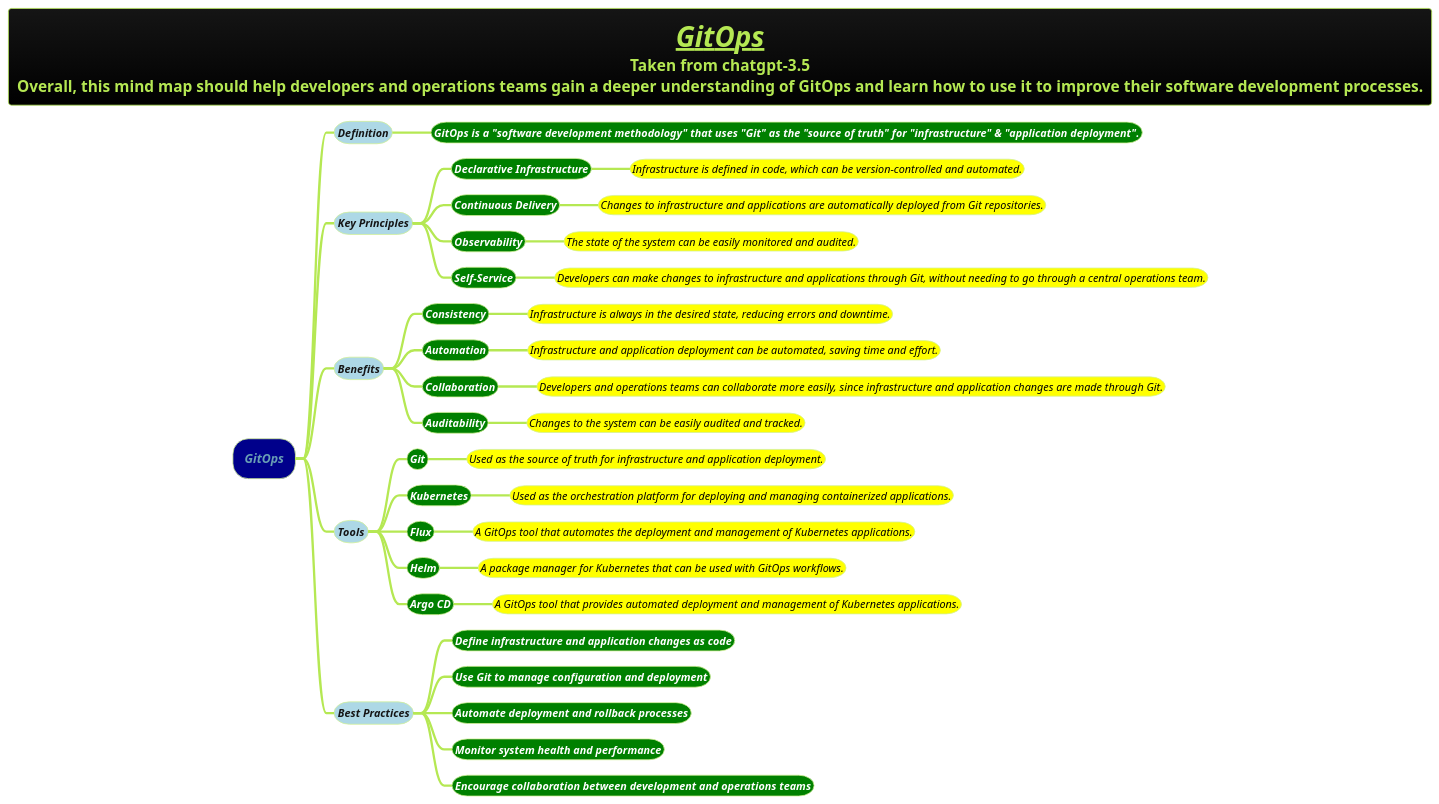
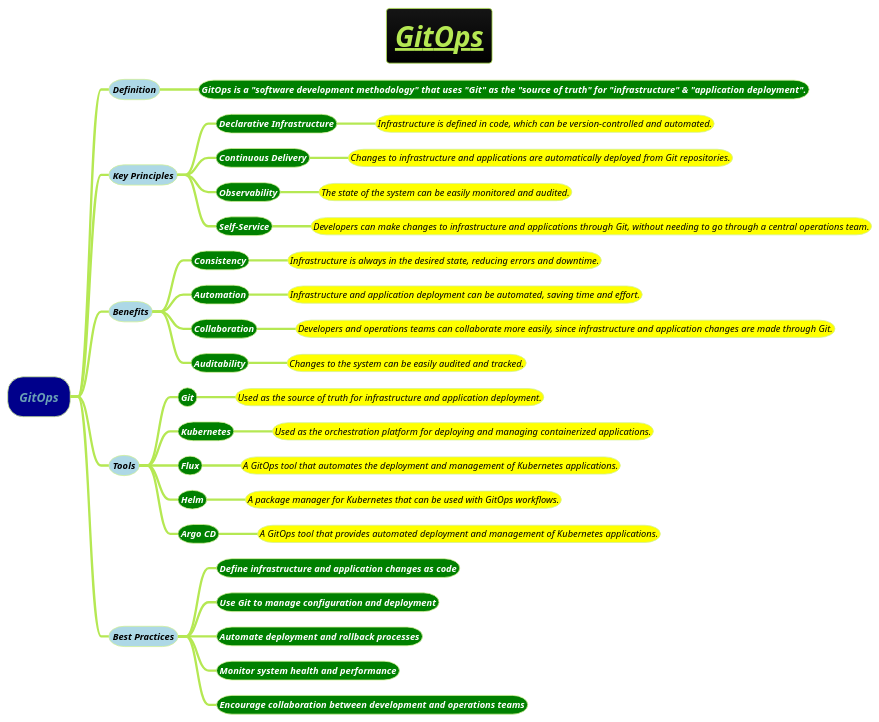
One commit to MehmoodHashmi/Documentation-as-Code-DaC changed the diagram in docs/3-devops/git/GitOps.puml. Above: the diagram before and after it, drawn with PlantUML. The commit also changed 8 other files, not shown here.

```diff
--- a/docs/3-devops/git/GitOps.puml
+++ b/docs/3-devops/git/GitOps.puml
@@ -1,43 +1,43 @@
 @startmindmap
-title =<i><b><u>GitOps \nTaken from chatgpt-3.5\nOverall, this mind map should help developers and operations teams gain a deeper understanding of GitOps and learn how to use it to improve their software development processes.
+title =<i><b><u>GitOps
 !theme hacker
 
 *[#darkblue] <i>GitOps
-**[#lightblue] <i><color #blac><size:14>Definition
-***[#green] <b><i><color #white><size:14>GitOps is a  "software development methodology" that uses "Git" as the "source of truth" for "infrastructure" & "application deployment".
-**[#lightblue] <i><color #blac><size:14>Key Principles
-***[#green] <b><i><color #white><size:14>Declarative Infrastructure
-****[#yellow] <i><color #black><size:14>Infrastructure is defined in code, which can be version-controlled and automated.
-***[#green] <b><i><color #white><size:14>Continuous Delivery
-****[#yellow] <i><color #black><size:14>Changes to infrastructure and applications are automatically deployed from Git repositories.
-***[#green] <b><i><color #white><size:14>Observability
-****[#yellow] <i><color #black><size:14>The state of the system can be easily monitored and audited.
-***[#green] <b><i><color #white><size:14>Self-Service
-****[#yellow] <i><color #black><size:14>Developers can make changes to infrastructure and applications through Git, without needing to go through a central operations team.
-**[#lightblue] <i><color #blac><size:14>Benefits
-***[#green] <b><i><color #white><size:14>Consistency
-****[#yellow] <i><color #black><size:14>Infrastructure is always in the desired state, reducing errors and downtime.
-***[#green] <b><i><color #white><size:14>Automation
-****[#yellow] <i><color #black><size:14>Infrastructure and application deployment can be automated, saving time and effort.
-***[#green] <b><i><color #white><size:14>Collaboration
-****[#yellow] <i><color #black><size:14>Developers and operations teams can collaborate more easily, since infrastructure and application changes are made through Git.
-***[#green] <b><i><color #white><size:14>Auditability
-****[#yellow] <i><color #black><size:14>Changes to the system can be easily audited and tracked.
-**[#lightblue] <i><color #blac><size:14>Tools
-***[#green] <b><i><color #white><size:14>Git
-****[#yellow] <i><color #black><size:14>Used as the source of truth for infrastructure and application deployment.
-***[#green] <b><i><color #white><size:14>Kubernetes
-****[#yellow] <i><color #black><size:14>Used as the orchestration platform for deploying and managing containerized applications.
-***[#green] <b><i><color #white><size:14>Flux
-****[#yellow] <i><color #black><size:14>A GitOps tool that automates the deployment and management of Kubernetes applications.
-***[#green] <b><i><color #white><size:14>Helm
-****[#yellow] <i><color #black><size:14>A package manager for Kubernetes that can be used with GitOps workflows.
-***[#green] <b><i><color #white><size:14>Argo CD
-****[#yellow] <i><color #black><size:14>A GitOps tool that provides automated deployment and management of Kubernetes applications.
-**[#lightblue] <i><color #blac><size:14>Best Practices
-***[#green] <b><i><color #white><size:14>Define infrastructure and application changes as code
-***[#green] <b><i><color #white><size:14>Use Git to manage configuration and deployment
-***[#green] <b><i><color #white><size:14>Automate deployment and rollback processes
-***[#green] <b><i><color #white><size:14>Monitor system health and performance
-***[#green] <b><i><color #white><size:14>Encourage collaboration between development and operations teams
+**[#lightblue] <i><color #black><size:12>Definition
+***[#green] <b><i><color #white><size:12>GitOps is a  "software development methodology" that uses "Git" as the "source of truth" for "infrastructure" & "application deployment".
+**[#lightblue] <i><color #black><size:12>Key Principles
+***[#green] <b><i><color #white><size:12>Declarative Infrastructure
+****[#yellow] <i><color #black><size:12>Infrastructure is defined in code, which can be version-controlled and automated.
+***[#green] <b><i><color #white><size:12>Continuous Delivery
+****[#yellow] <i><color #black><size:12>Changes to infrastructure and applications are automatically deployed from Git repositories.
+***[#green] <b><i><color #white><size:12>Observability
+****[#yellow] <i><color #black><size:12>The state of the system can be easily monitored and audited.
+***[#green] <b><i><color #white><size:12>Self-Service
+****[#yellow] <i><color #black><size:12>Developers can make changes to infrastructure and applications through Git, without needing to go through a central operations team.
+**[#lightblue] <i><color #black><size:12>Benefits
+***[#green] <b><i><color #white><size:12>Consistency
+****[#yellow] <i><color #black><size:12>Infrastructure is always in the desired state, reducing errors and downtime.
+***[#green] <b><i><color #white><size:12>Automation
+****[#yellow] <i><color #black><size:12>Infrastructure and application deployment can be automated, saving time and effort.
+***[#green] <b><i><color #white><size:12>Collaboration
+****[#yellow] <i><color #black><size:12>Developers and operations teams can collaborate more easily, since infrastructure and application changes are made through Git.
+***[#green] <b><i><color #white><size:12>Auditability
+****[#yellow] <i><color #black><size:12>Changes to the system can be easily audited and tracked.
+**[#lightblue] <i><color #black><size:12>Tools
+***[#green] <b><i><color #white><size:12>Git
+****[#yellow] <i><color #black><size:12>Used as the source of truth for infrastructure and application deployment.
+***[#green] <b><i><color #white><size:12>Kubernetes
+****[#yellow] <i><color #black><size:12>Used as the orchestration platform for deploying and managing containerized applications.
+***[#green] <b><i><color #white><size:12>Flux
+****[#yellow] <i><color #black><size:12>A GitOps tool that automates the deployment and management of Kubernetes applications.
+***[#green] <b><i><color #white><size:12>Helm
+****[#yellow] <i><color #black><size:12>A package manager for Kubernetes that can be used with GitOps workflows.
+***[#green] <b><i><color #white><size:12>Argo CD
+****[#yellow] <i><color #black><size:12>A GitOps tool that provides automated deployment and management of Kubernetes applications.
+**[#lightblue] <i><color #black><size:12>Best Practices
+***[#green] <b><i><color #white><size:12>Define infrastructure and application changes as code
+***[#green] <b><i><color #white><size:12>Use Git to manage configuration and deployment
+***[#green] <b><i><color #white><size:12>Automate deployment and rollback processes
+***[#green] <b><i><color #white><size:12>Monitor system health and performance
+***[#green] <b><i><color #white><size:12>Encourage collaboration between development and operations teams
 @endmindmap
```
